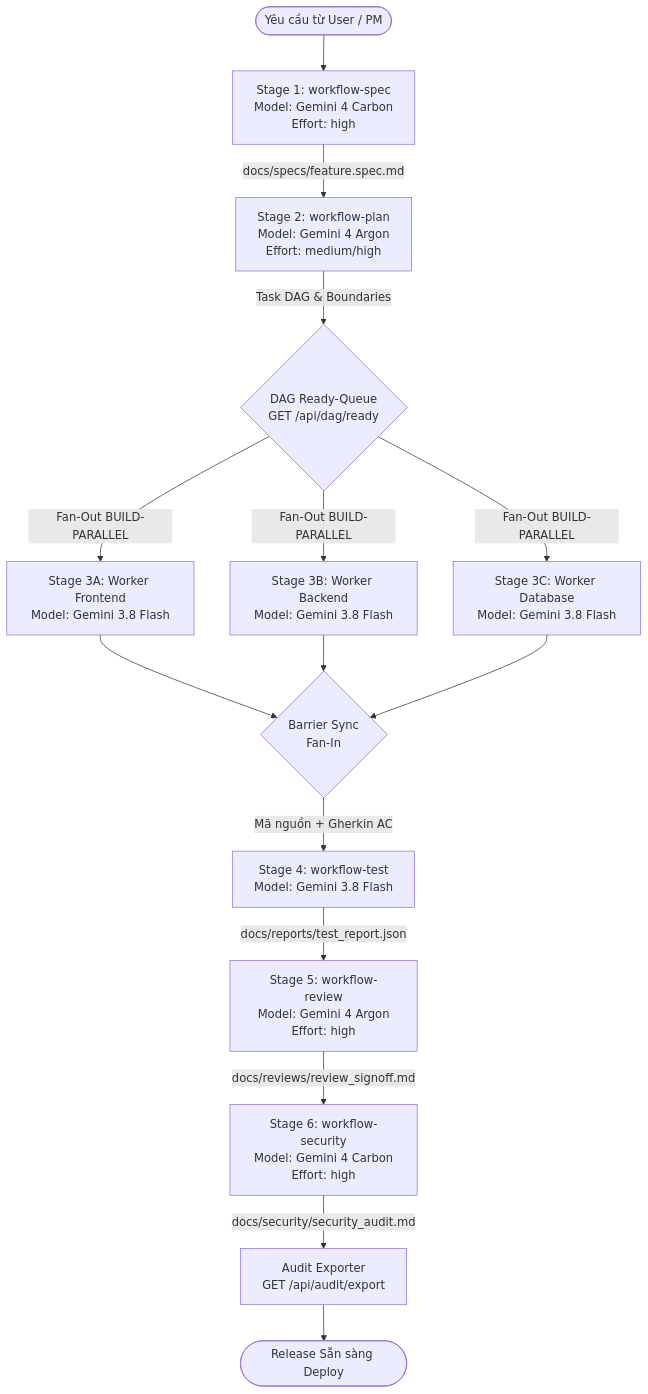
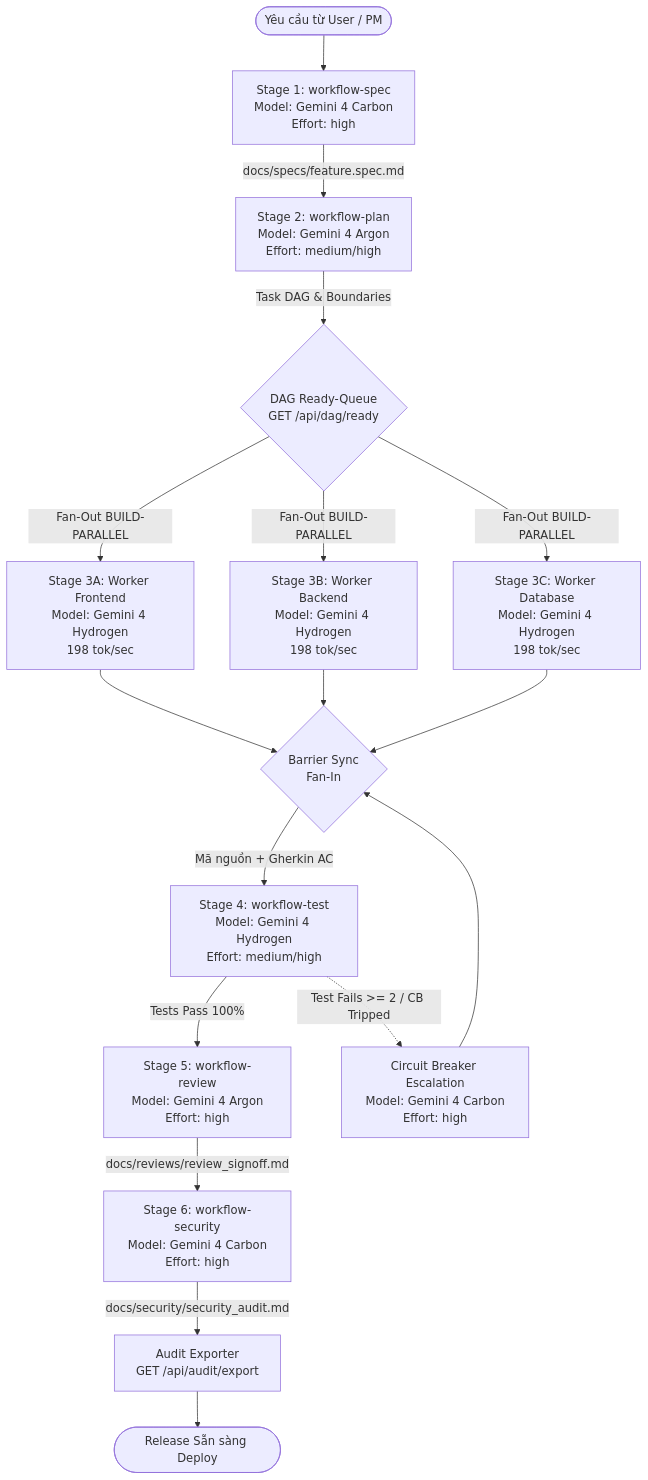
The diagram in docs/WORKFLOW_GUIDE.md (chien334/antigravity-orchestrator), drawn with Mermaid before and after one commit. The commit also changed other lines of this file and 2 other files, not shown here.

First line of the commit message:
docs: update architecture, workflow guide, and README for Gemini 4 Hydrogen integration

````diff
--- a/docs/WORKFLOW_GUIDE.md
+++ b/docs/WORKFLOW_GUIDE.md
@@ -23,21 +27,25 @@
 ```mermaid
 flowchart TD
     Req([Yêu cầu từ User / PM]) --> S1[Stage 1: workflow-spec\nModel: Gemini 4 Carbon\nEffort: high]
     S1 -->|docs/specs/feature.spec.md| S2[Stage 2: workflow-plan\nModel: Gemini 4 Argon\nEffort: medium/high]
     
     S2 -->|Task DAG & Boundaries| Ready{DAG Ready-Queue\nGET /api/dag/ready}
     
-    Ready -->|Fan-Out BUILD-PARALLEL| S3A[Stage 3A: Worker Frontend\nModel: Gemini 3.8 Flash]
-    Ready -->|Fan-Out BUILD-PARALLEL| S3B[Stage 3B: Worker Backend\nModel: Gemini 3.8 Flash]
-    Ready -->|Fan-Out BUILD-PARALLEL| S3C[Stage 3C: Worker Database\nModel: Gemini 3.8 Flash]
+    Ready -->|Fan-Out BUILD-PARALLEL| S3A[Stage 3A: Worker Frontend\nModel: Gemini 4 Hydrogen\n198 tok/sec]
+    Ready -->|Fan-Out BUILD-PARALLEL| S3B[Stage 3B: Worker Backend\nModel: Gemini 4 Hydrogen\n198 tok/sec]
+    Ready -->|Fan-Out BUILD-PARALLEL| S3C[Stage 3C: Worker Database\nModel: Gemini 4 Hydrogen\n198 tok/sec]
     
     S3A --> Sync{Barrier Sync\nFan-In}
     S3B --> Sync
     S3C --> Sync
     
-    Sync -->|Mã nguồn + Gherkin AC| S4[Stage 4: workflow-test\nModel: Gemini 3.8 Flash]
-    S4 -->|docs/reports/test_report.json| S5[Stage 5: workflow-review\nModel: Gemini 4 Argon\nEffort: high]
+    Sync -->|Mã nguồn + Gherkin AC| S4[Stage 4: workflow-test\nModel: Gemini 4 Hydrogen\nEffort: medium/high]
+    
+    S4 -->|Tests Pass 100%| S5[Stage 5: workflow-review\nModel: Gemini 4 Argon\nEffort: high]
+    S4 -.->|Test Fails >= 2 / CB Tripped| SCB[Circuit Breaker Escalation\nModel: Gemini 4 Carbon\nEffort: high]
+    SCB --> Sync
+
     S5 -->|docs/reviews/review_signoff.md| S6[Stage 6: workflow-security\nModel: Gemini 4 Carbon\nEffort: high]
     S6 -->|docs/security/security_audit.md| Audit[Audit Exporter\nGET /api/audit/export]
     Audit --> Deploy([Release Sẵn sàng Deploy])
 ```
````
